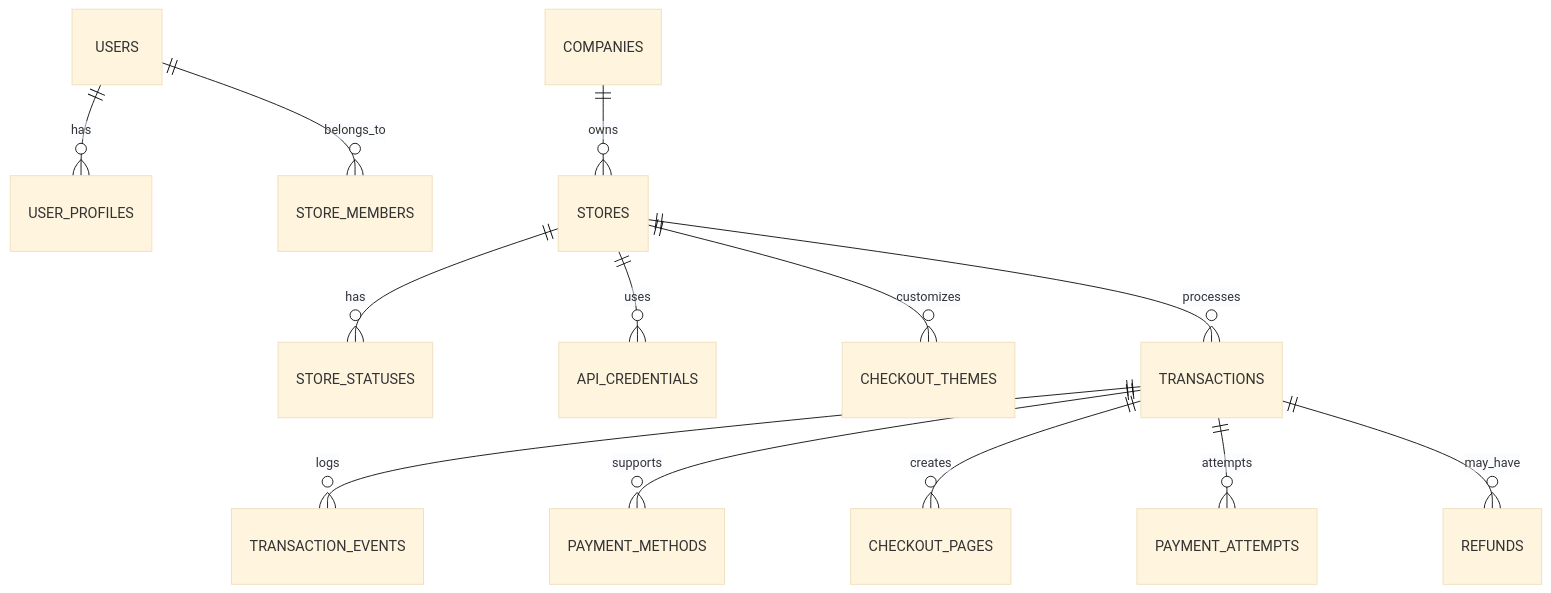
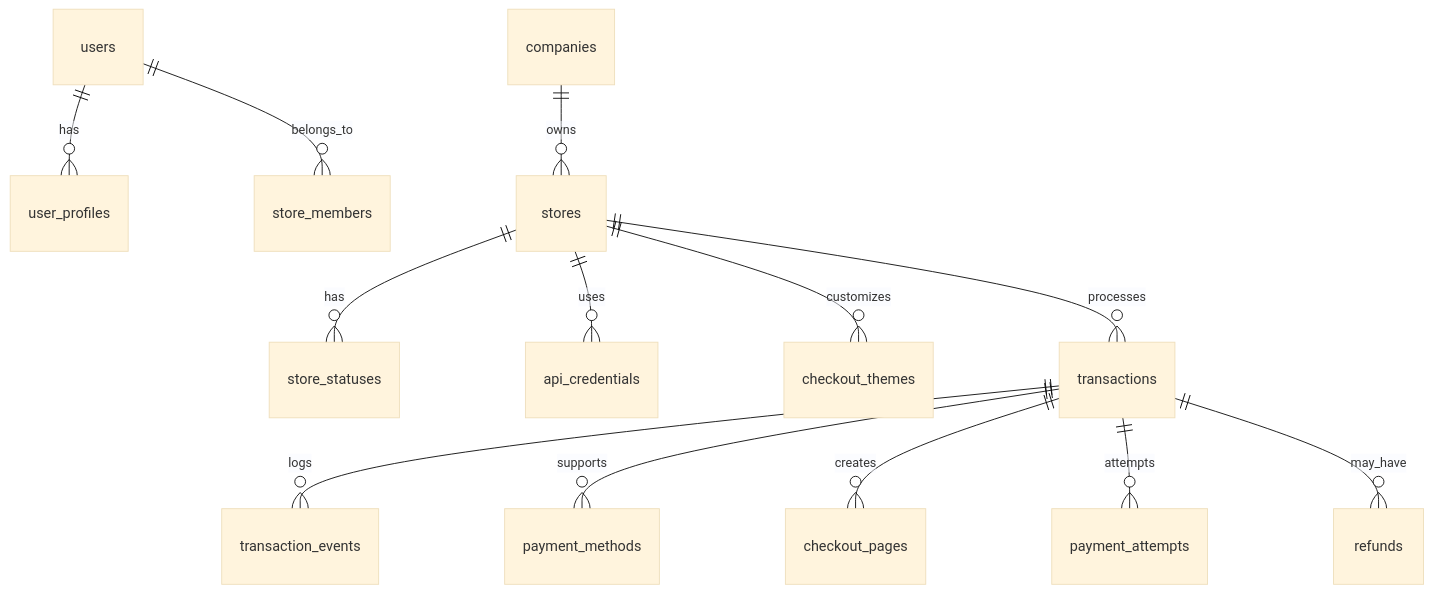
One commit to arthur-fontaine/ripste changed the diagram in specs/bdd_schema.md. Above: the diagram before and after it, drawn with Mermaid (base theme). The commit also changed other lines of this file, not shown here.

Commit message:
docs: :memo: fix links and update database schema diagram for clarity

````diff
--- a/specs/bdd_schema.md
+++ b/specs/bdd_schema.md
@@ -331,15 +330,15 @@
 ```mermaid
 erDiagram
-    USERS ||--o{ USER_PROFILES : has
-    USERS ||--o{ STORE_MEMBERS : belongs_to
-    COMPANIES ||--o{ STORES : owns
-    STORES ||--o{ STORE_STATUSES : has
-    STORES ||--o{ API_CREDENTIALS : uses
-    STORES ||--o{ CHECKOUT_THEMES : customizes
-    STORES ||--o{ TRANSACTIONS : processes
-    TRANSACTIONS ||--o{ TRANSACTION_EVENTS : logs
-    TRANSACTIONS ||--o{ PAYMENT_METHODS : supports
-    TRANSACTIONS ||--o{ CHECKOUT_PAGES : creates
-    TRANSACTIONS ||--o{ PAYMENT_ATTEMPTS : attempts
-    TRANSACTIONS ||--o{ REFUNDS : may_have
+    users ||--o{ user_profiles : has
+    users ||--o{ store_members : belongs_to
+    companies ||--o{ stores : owns
+    stores ||--o{ store_statuses : has
+    stores ||--o{ api_credentials : uses
+    stores ||--o{ checkout_themes : customizes
+    stores ||--o{ transactions : processes
+    transactions ||--o{ transaction_events : logs
+    transactions ||--o{ payment_methods : supports
+    transactions ||--o{ checkout_pages : creates
+    transactions ||--o{ payment_attempts : attempts
+    transactions ||--o{ refunds : may_have
 ```
````
